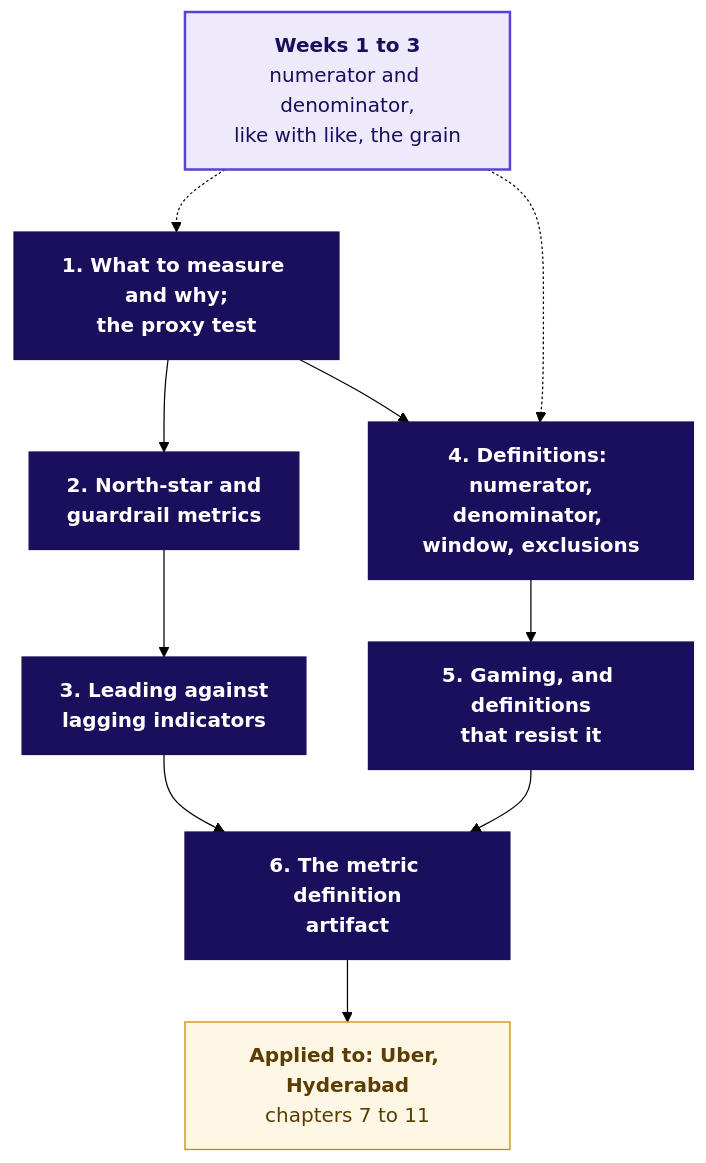
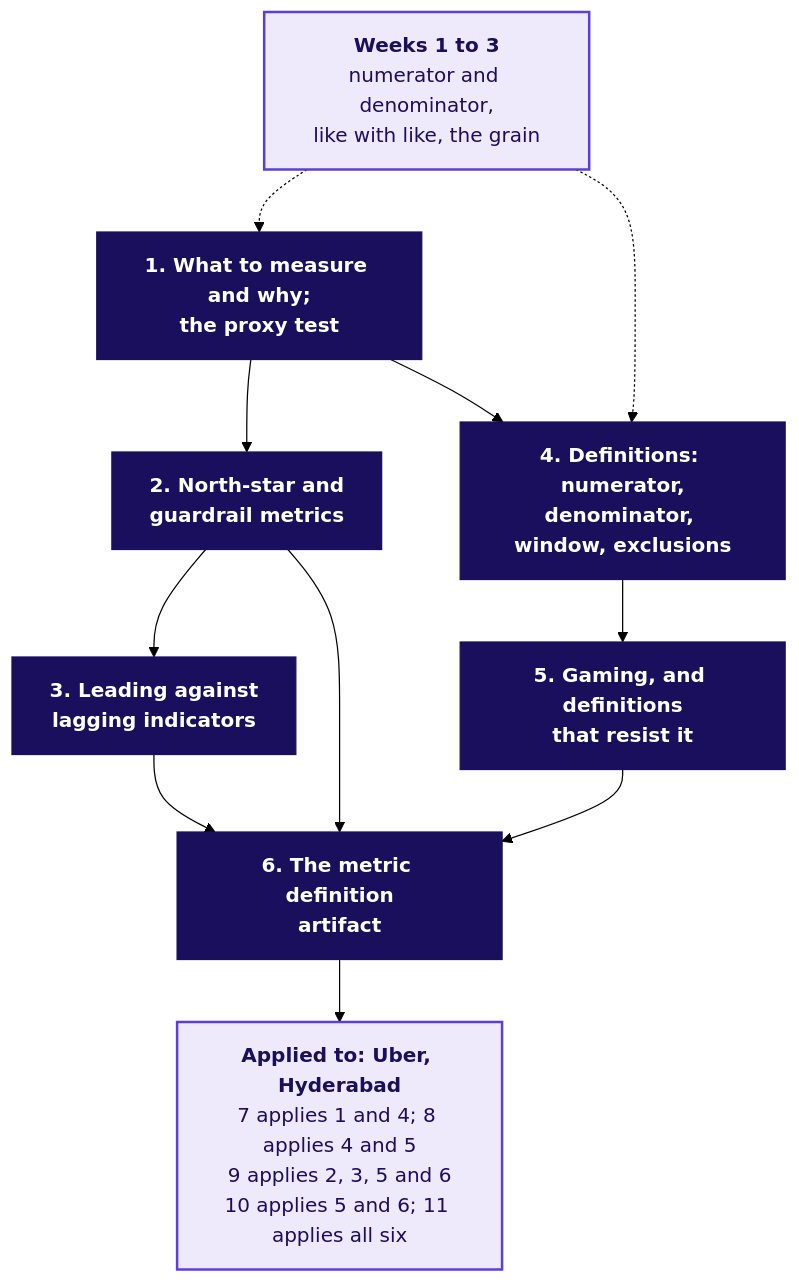
One commit to fde-academy-lab/c2-content-factory changed the first of 19 diagrams in content/W04/D1/whiteboards/C2_W04_D01_board_work_STUDENT.md. Above: the diagram before and after it, drawn with Mermaid (forest theme). The commit also changed other lines of this file and 4 other files, not shown here.

````diff
--- a/content/W04/D1/whiteboards/C2_W04_D01_board_work_STUDENT.md
+++ b/content/W04/D1/whiteboards/C2_W04_D01_board_work_STUDENT.md
@@ -24,28 +24,25 @@
 ```mermaid
 flowchart TD
     E["<b>Weeks 1 to 3</b><br/>numerator and denominator,<br/>like with like, the grain"]
     C1["<b>1. What to measure and why;<br/>the proxy test</b>"]
     C2["<b>2. North-star and<br/>guardrail metrics</b>"]
     C3["<b>3. Leading against<br/>lagging indicators</b>"]
     C4["<b>4. Definitions: numerator,<br/>denominator, window, exclusions</b>"]
     C5["<b>5. Gaming, and definitions<br/>that resist it</b>"]
     C6["<b>6. The metric definition<br/>artifact</b>"]
-    U["<b>Applied to: Uber, Hyderabad</b><br/>chapters 7 to 11"]
+    U["<b>Applied to: Uber, Hyderabad</b><br/>7 applies 1 and 4; 8 applies 4 and 5<br/>9 applies 2, 3, 5 and 6<br/>10 applies 5 and 6; 11 applies all six"]
     E -.-> C1
     E -.-> C4
     C1 --> C2
     C2 --> C3
     C1 --> C4
     C4 --> C5
+    C2 --> C6
     C3 --> C6
     C5 --> C6
     C6 --> U
     classDef lit fill:#1A0F5C,stroke:#1A0F5C,color:#FFFFFF
     classDef known fill:#EEEAFB,stroke:#5B3FD6,color:#1A0F5C,stroke-width:2px
-    classDef unknown fill:#FFFFFF,stroke:#B8B2D6,color:#6B6690,stroke-dasharray:4 3
-    classDef bad fill:#FBE9EF,stroke:#D63A6A,color:#1A0F5C
-    classDef kalpa fill:#FFF7E6,stroke:#C98A00,color:#5C3D00
     class C1,C2,C3,C4,C5,C6 lit
-    class E known
-    class U kalpa
+    class E,U known
 ```
````
